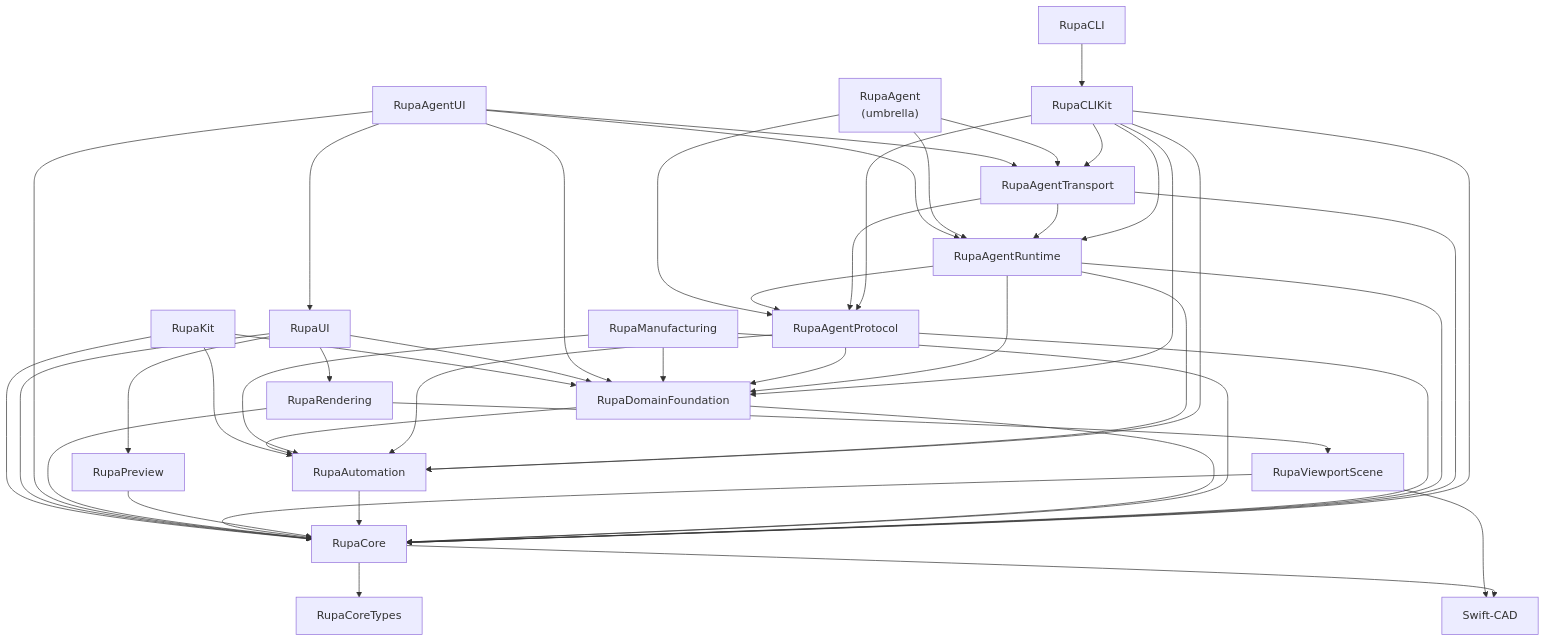
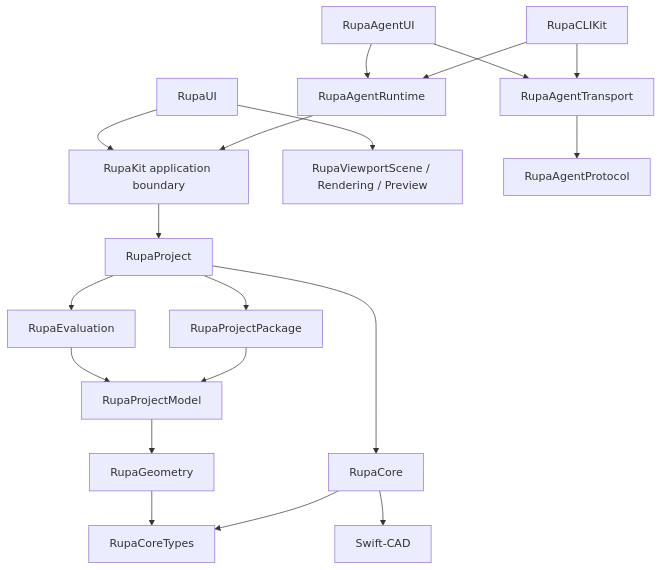
One commit to 1amageek/Rupa changed the fourth of 27 diagrams in Rupa/SPEC.md. Above: the diagram before and after it, drawn with Mermaid. The commit also changed other lines of this file and 5 other files, not shown here.

````diff
--- a/Rupa/SPEC.md
+++ b/Rupa/SPEC.md
@@ -324,55 +297,22 @@
 ```mermaid
 flowchart TD
-    RupaKit["RupaKit"] --> RupaCore["RupaCore"]
-    RupaKit --> RupaAutomation["RupaAutomation"]
-    RupaKit --> RupaDomainFoundation["RupaDomainFoundation"]
+    UI["RupaUI"] --> Kit["RupaKit application boundary"]
+    UI --> Viewport["RupaViewportScene / Rendering / Preview"]
+    AgentUI["RupaAgentUI"] --> Runtime["RupaAgentRuntime"]
+    AgentUI --> Transport["RupaAgentTransport"]
+    Runtime --> Kit
+    Transport --> Protocol["RupaAgentProtocol"]
+    CLI["RupaCLIKit"] --> Runtime
+    CLI --> Transport
 
-    RupaUI["RupaUI"] --> RupaCore
-    RupaUI --> RupaDomainFoundation
-    RupaUI --> RupaRendering["RupaRendering"]
-    RupaUI --> RupaPreview["RupaPreview"]
-
-    RupaAgentUI["RupaAgentUI"] --> RupaUI
-    RupaAgentUI --> RupaCore
-    RupaAgentUI --> RupaDomainFoundation
-    RupaAgentUI --> RupaAgentRuntime
-    RupaAgentUI --> RupaAgentTransport
-
-    RupaRendering --> RupaCore
-    RupaRendering --> RupaViewportScene["RupaViewportScene"]
-    RupaViewportScene --> RupaCore
-    RupaViewportScene --> SwiftCAD["Swift-CAD"]
-    RupaPreview --> RupaCore
-    RupaAutomation --> RupaCore
-    RupaDomainFoundation --> RupaCore
-    RupaDomainFoundation --> RupaAutomation
-    RupaManufacturing["RupaManufacturing"] --> RupaDomainFoundation
-    RupaManufacturing --> RupaAutomation
-    RupaManufacturing --> RupaCore
-
-    RupaAgent["RupaAgent<br/>(umbrella)"] --> RupaAgentProtocol["RupaAgentProtocol"]
-    RupaAgent --> RupaAgentRuntime["RupaAgentRuntime"]
-    RupaAgent --> RupaAgentTransport["RupaAgentTransport"]
-
-    RupaAgentProtocol --> RupaCore
-    RupaAgentProtocol --> RupaAutomation
-    RupaAgentProtocol --> RupaDomainFoundation
-    RupaAgentRuntime --> RupaCore
-    RupaAgentRuntime --> RupaAutomation
-    RupaAgentRuntime --> RupaDomainFoundation
-    RupaAgentRuntime --> RupaAgentProtocol
-    RupaAgentTransport --> RupaCore
-    RupaAgentTransport --> RupaAgentProtocol
-    RupaAgentTransport --> RupaAgentRuntime
-
-    RupaCLI["RupaCLI"] --> RupaCLIKit["RupaCLIKit"]
-    RupaCLIKit --> RupaCore
-    RupaCLIKit --> RupaAutomation
-    RupaCLIKit --> RupaDomainFoundation
-    RupaCLIKit --> RupaAgentProtocol
-    RupaCLIKit --> RupaAgentRuntime
-    RupaCLIKit --> RupaAgentTransport
-
-    RupaCore --> RupaCoreTypes["RupaCoreTypes"]
-    RupaCore --> SwiftCAD
+    Kit --> Project["RupaProject"]
+    Project --> Core["RupaCore"]
+    Project --> Evaluation["RupaEvaluation"]
+    Project --> Package["RupaProjectPackage"]
+    Evaluation --> Model["RupaProjectModel"]
+    Package --> Model
+    Model --> Geometry["RupaGeometry"]
+    Geometry --> Types["RupaCoreTypes"]
+    Core --> Types
+    Core --> SwiftCAD["Swift-CAD"]
 ```
````
